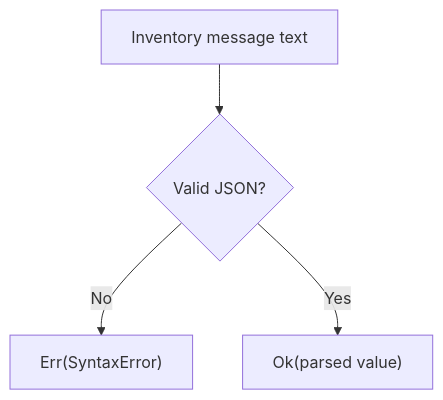
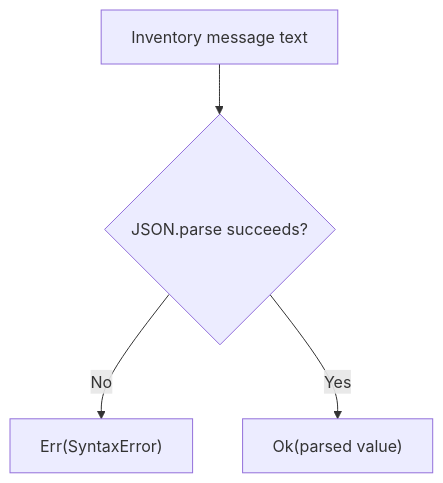
The diagram in docs/src/content/docs/guides/json.md (pplnd/core), drawn with Mermaid before and after one commit. The commit also changed other lines of this file and 63 other files, not shown here.

````diff
--- a/docs/src/content/docs/guides/json.md
+++ b/docs/src/content/docs/guides/json.md
@@ -27,6 +38,6 @@
 ```mermaid
 flowchart TD
-  Input["Inventory message text"] --> Parse{"Valid JSON?"}
-  Parse -->|No| Error["Err(SyntaxError)"]
-  Parse -->|Yes| Parsed["Ok(parsed value)"]
+  Text["Inventory message text"] --> Syntax{"JSON.parse succeeds?"}
+  Syntax -->|No| Err["Err(SyntaxError)"]
+  Syntax -->|Yes| Parsed["Ok(parsed value)"]
 ```
````
